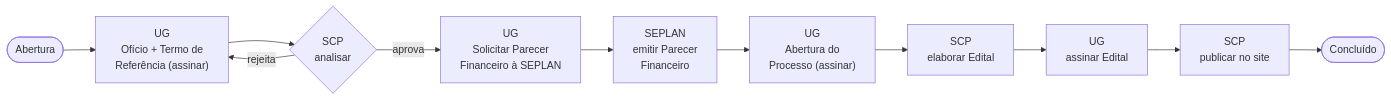
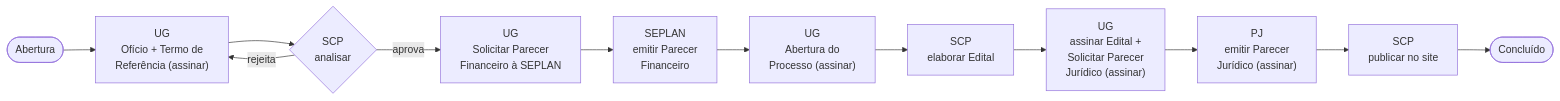
Before and after one commit to IsaacMRodrigues/gestaoParcerias: the second of 2 diagrams in README.md, drawn with Mermaid. The commit also changed other lines of this file and 43 other files, not shown here.

````diff
--- a/README.md
+++ b/README.md
@@ -79,13 +79,14 @@
 ```mermaid
 flowchart LR
     A(["Abertura"]) --> E1["UG<br/>Ofício + Termo de<br/>Referência (assinar)"]
     E1 --> E2{"SCP<br/>analisar"}
     E2 -->|rejeita| E1
     E2 -->|aprova| E3["UG<br/>Solicitar Parecer<br/>Financeiro à SEPLAN"]
     E3 --> E4["SEPLAN<br/>emitir Parecer<br/>Financeiro"]
     E4 --> E5["UG<br/>Abertura do<br/>Processo (assinar)"]
     E5 --> E6["SCP<br/>elaborar Edital"]
-    E6 --> E7["UG<br/>assinar Edital"]
-    E7 --> E8["SCP<br/>publicar no site"]
-    E8 --> Z(["Concluído"])
+    E6 --> E7["UG<br/>assinar Edital +<br/>Solicitar Parecer<br/>Jurídico (assinar)"]
+    E7 --> E8["PJ<br/>emitir Parecer<br/>Jurídico (assinar)"]
+    E8 --> E9["SCP<br/>publicar no site"]
+    E9 --> Z(["Concluído"])
 ```
````
